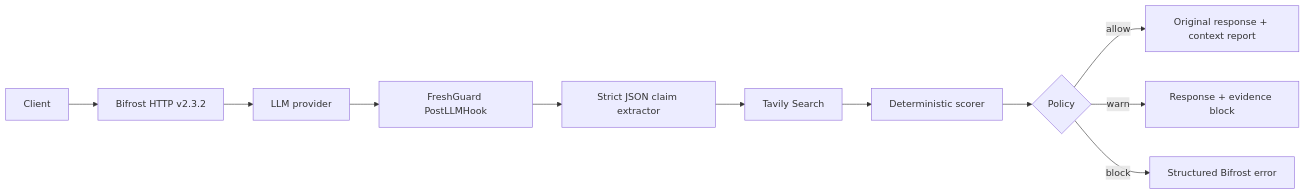
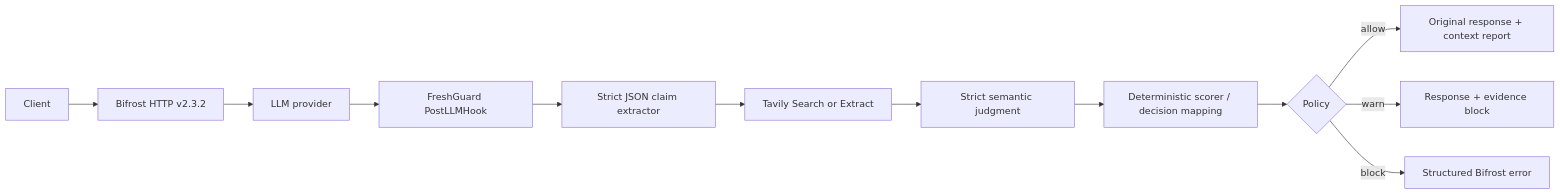
Before and after one commit to nlewisbyt-hash/freshguard-bifrost: the diagram in README.md, drawn with Mermaid. The commit also changed other lines of this file, not shown here.

Commit message:
docs: describe semantic verification path

````diff
--- a/README.md
+++ b/README.md
@@ -23,13 +23,14 @@
 ```mermaid
 flowchart LR
     U[Client] --> B[Bifrost HTTP v2.3.2]
     B --> L[LLM provider]
     L --> P[FreshGuard PostLLMHook]
     P --> X[Strict JSON claim extractor]
-    X --> T[Tavily Search]
-    T --> S[Deterministic scorer]
+    X --> T[Tavily Search or Extract]
+    T --> J[Strict semantic judgment]
+    J --> S[Deterministic scorer / decision mapping]
     S --> A{Policy}
     A -->|allow| R[Original response + context report]
     A -->|warn| W[Response + evidence block]
     A -->|block| E[Structured Bifrost error]
 ```
````
